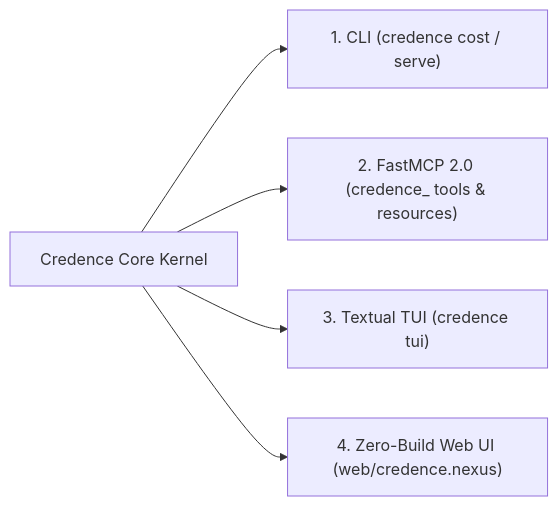
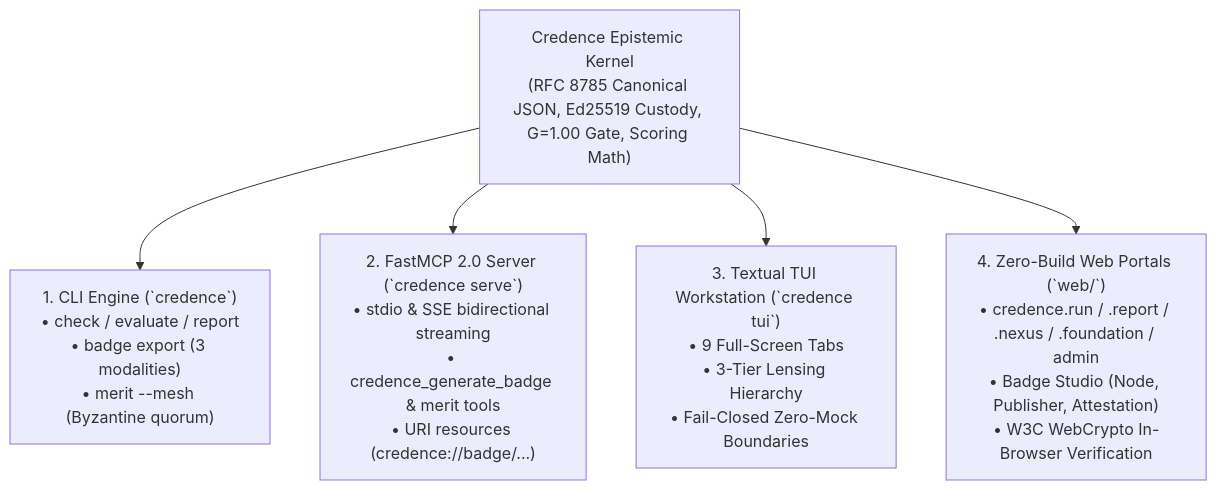
The diagram in docs/blueprints/universal-4-way-parity-and-environment-governance.md (artibyrd/credence-docs), drawn with Mermaid before and after one commit. The commit also changed other lines of this file and 5 other files, not shown here.

````diff
--- a/docs/blueprints/universal-4-way-parity-and-environment-governance.md
+++ b/docs/blueprints/universal-4-way-parity-and-environment-governance.md
@@ -17,8 +17,9 @@
 ```mermaid
-flowchart LR
-    Core["Credence Core Kernel"]
-    Core --> CLI["1. CLI (credence cost / serve)"]
-    Core --> MCP["2. FastMCP 2.0 (credence_ tools & resources)"]
-    Core --> TUI["3. Textual TUI (credence tui)"]
-    Core --> WEB["4. Zero-Build Web UI (web/credence.nexus)"]
+flowchart TD
+    Core["Credence Epistemic Kernel<br/>(RFC 8785 Canonical JSON, Ed25519 Custody, G=1.00 Gate, Scoring Math)"]
+
+    Core --> CLI["1. CLI Engine (`credence`)<br/>• check / evaluate / report<br/>• badge export (3 modalities)<br/>• merit --mesh (Byzantine quorum)"]
+    Core --> MCP["2. FastMCP 2.0 Server (`credence serve`)<br/>• stdio & SSE bidirectional streaming<br/>• credence_generate_badge & merit tools<br/>• URI resources (credence://badge/...)"]
+    Core --> TUI["3. Textual TUI Workstation (`credence tui`)<br/>• 9 Full-Screen Tabs<br/>• 3-Tier Lensing Hierarchy<br/>• Fail-Closed Zero-Mock Boundaries"]
+    Core --> WEB["4. Zero-Build Web Portals (`web/`)<br/>• credence.run / .report / .nexus / .foundation / admin<br/>• Badge Studio (Node, Publisher, Attestation)<br/>• W3C WebCrypto In-Browser Verification"]
 ```
````
